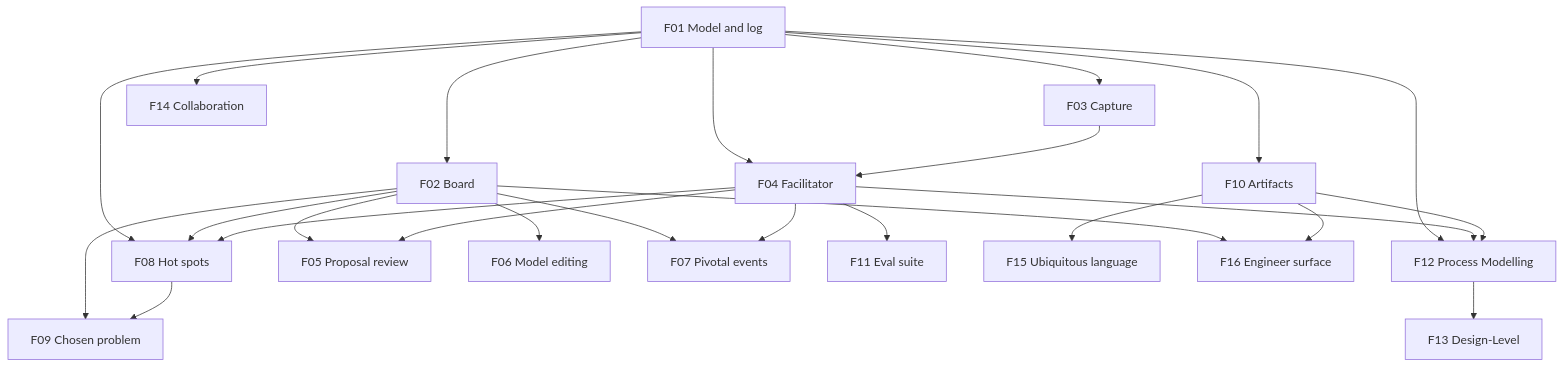
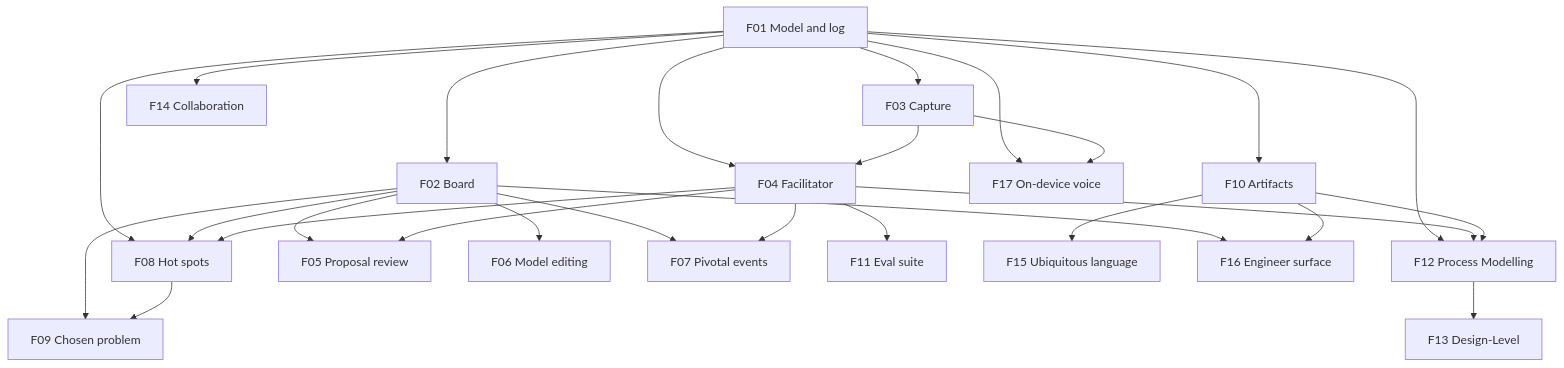
One commit to vinialbano/eventstormer changed the diagram in docs/product/PRD.md. Above: the diagram before and after it, drawn with Mermaid. The commit also changed other lines of this file, not shown here.

````diff
--- a/docs/product/PRD.md
+++ b/docs/product/PRD.md
@@ -560,27 +583,29 @@
 ```mermaid
 graph TD
   F01[F01 Model and log] --> F02[F02 Board]
   F01 --> F03[F03 Capture]
   F01 --> F04[F04 Facilitator]
   F03 --> F04
   F01 --> F08[F08 Hot spots]
   F01 --> F10[F10 Artifacts]
   F01 --> F12[F12 Process Modelling]
   F01 --> F14[F14 Collaboration]
   F02 --> F05[F05 Proposal review]
   F04 --> F05
   F02 --> F06[F06 Model editing]
   F02 --> F07[F07 Pivotal events]
   F04 --> F07
   F02 --> F08
   F04 --> F08
   F02 --> F09[F09 Chosen problem]
   F08 --> F09
   F04 --> F11[F11 Eval suite]
   F04 --> F12
   F10 --> F12
   F12 --> F13[F13 Design-Level]
   F10 --> F15[F15 Ubiquitous language]
   F02 --> F16[F16 Engineer surface]
   F10 --> F16
+  F01 --> F17[F17 On-device voice]
+  F03 --> F17
 ```
````
